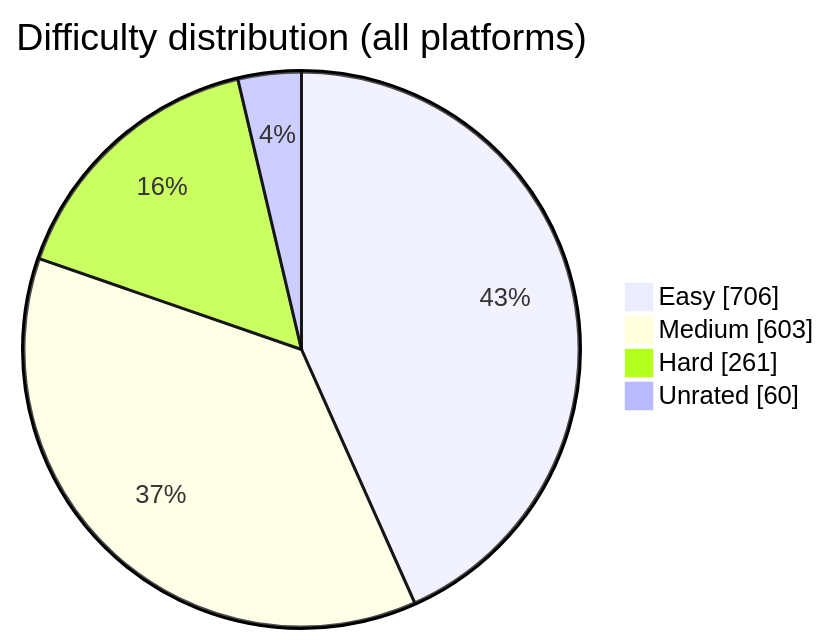
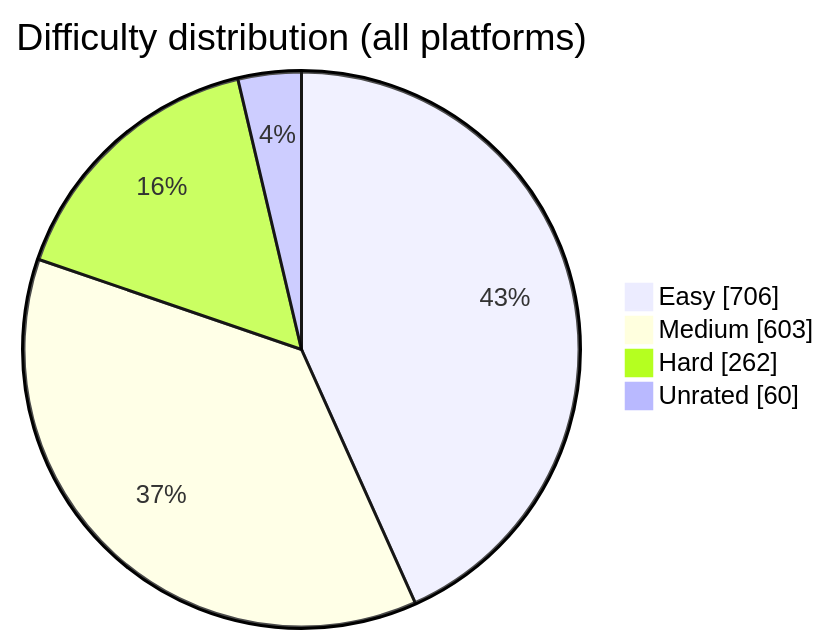
Before and after one commit to BuildbyArindam/Daily-Coding-Log: the diagram in README.md, drawn with Mermaid. The commit also changed other lines of this file, not shown here.

````diff
--- a/README.md
+++ b/README.md
@@ -93,7 +93,7 @@
 ```mermaid
 pie showData title Difficulty distribution (all platforms)
     "Easy" : 706
     "Medium" : 603
-    "Hard" : 261
+    "Hard" : 262
     "Unrated" : 60
 ```
````
